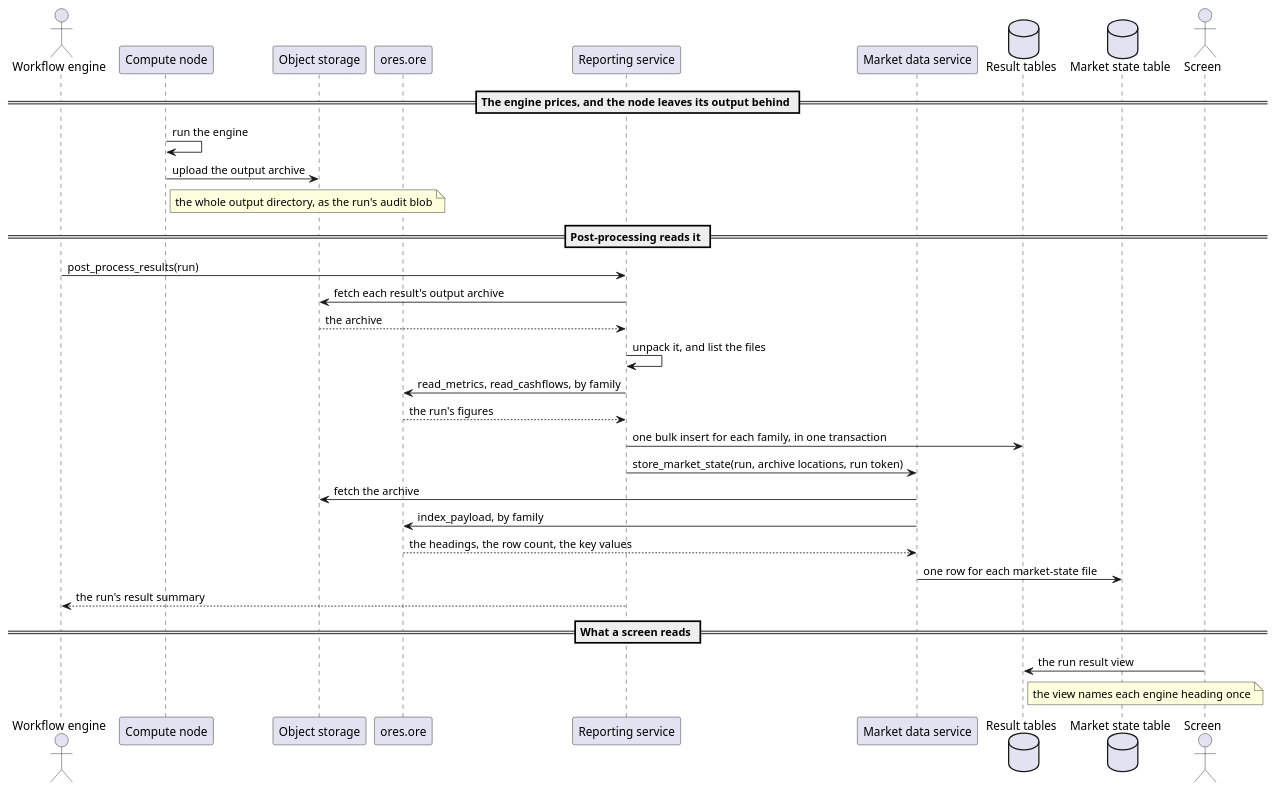
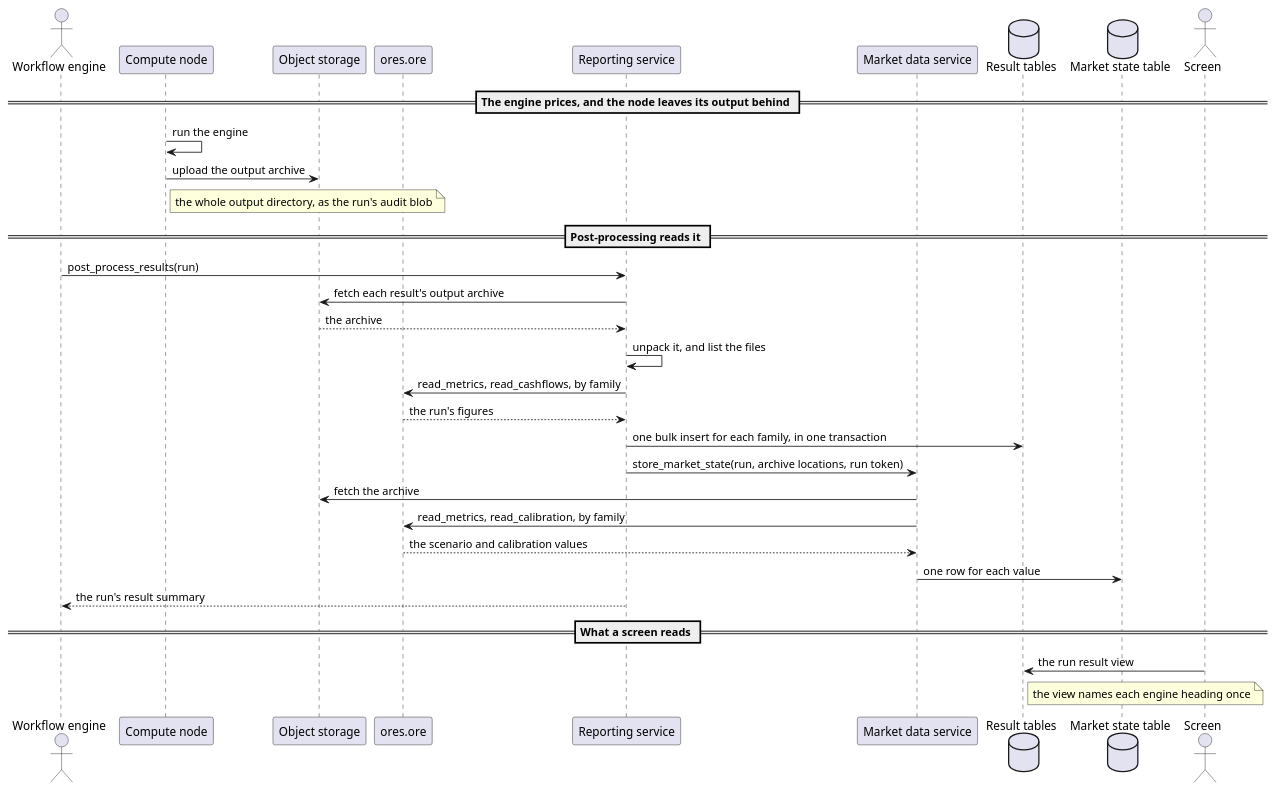
One commit to OreStudio/OreStudio changed the diagram in doc/knowledge/architecture/report_post_processing_interaction.puml. Above: the diagram before and after it, drawn with PlantUML. The commit also changed 95 other files, not shown here.

First line of the commit message:
[marketdata] Store a run's scenarios and calibration as rows

```diff
--- a/doc/knowledge/architecture/report_post_processing_interaction.puml
+++ b/doc/knowledge/architecture/report_post_processing_interaction.puml
@@ -1,35 +1,35 @@
 @startuml
 actor "Workflow engine" as wf
 participant "Compute node" as node
 participant "Object storage" as store
 participant "ores.ore" as ore
 participant "Reporting service" as reporting
 participant "Market data service" as marketdata
 database "Result tables" as results
 database "Market state table" as state
 
 == The engine prices, and the node leaves its output behind ==
 node -> node : run the engine
 node -> store : upload the output archive
 note right of node : the whole output directory, as the run's audit blob
 
 == Post-processing reads it ==
 wf -> reporting : post_process_results(run)
 reporting -> store : fetch each result's output archive
 store --> reporting : the archive
 reporting -> reporting : unpack it, and list the files
 reporting -> ore : read_metrics, read_cashflows, by family
 ore --> reporting : the run's figures
 reporting -> results : one bulk insert for each family, in one transaction
 reporting -> marketdata : store_market_state(run, archive locations, run token)
 marketdata -> store : fetch the archive
-marketdata -> ore : index_payload, by family
-ore --> marketdata : the headings, the row count, the key values
-marketdata -> state : one row for each market-state file
+marketdata -> ore : read_metrics, read_calibration, by family
+ore --> marketdata : the scenario and calibration values
+marketdata -> state : one row for each value
 reporting --> wf : the run's result summary
 
 == What a screen reads ==
 actor "Screen" as screen
 screen -> results : the run result view
 note right of results : the view names each engine heading once
 @enduml
```
